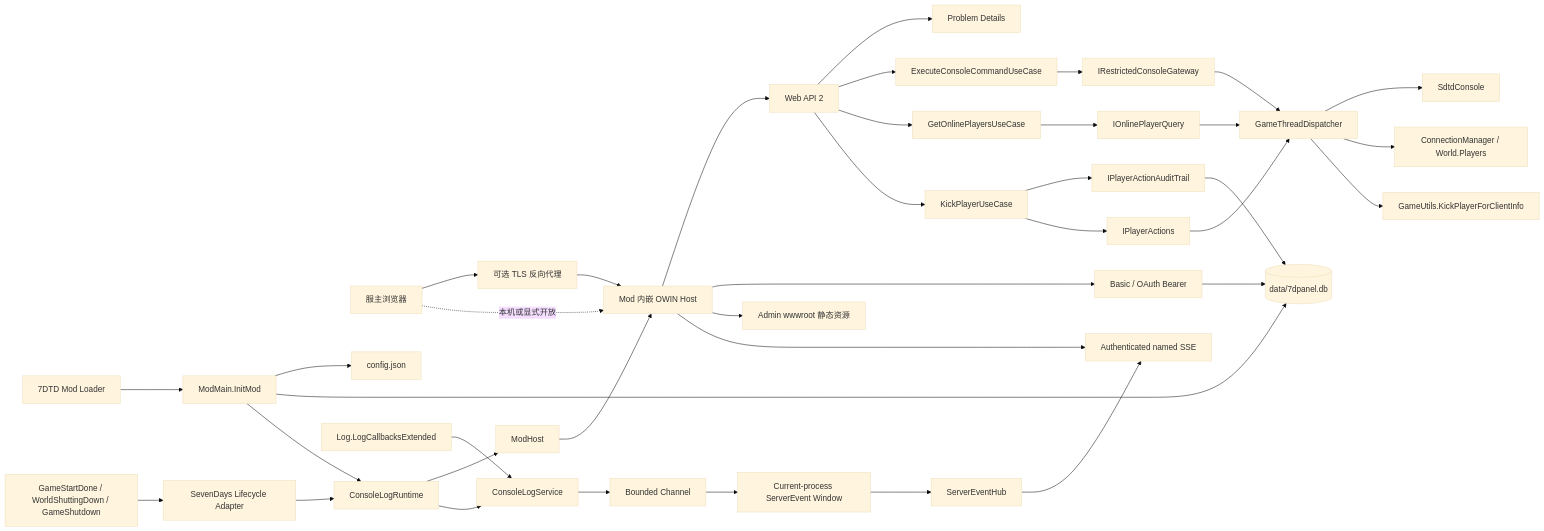
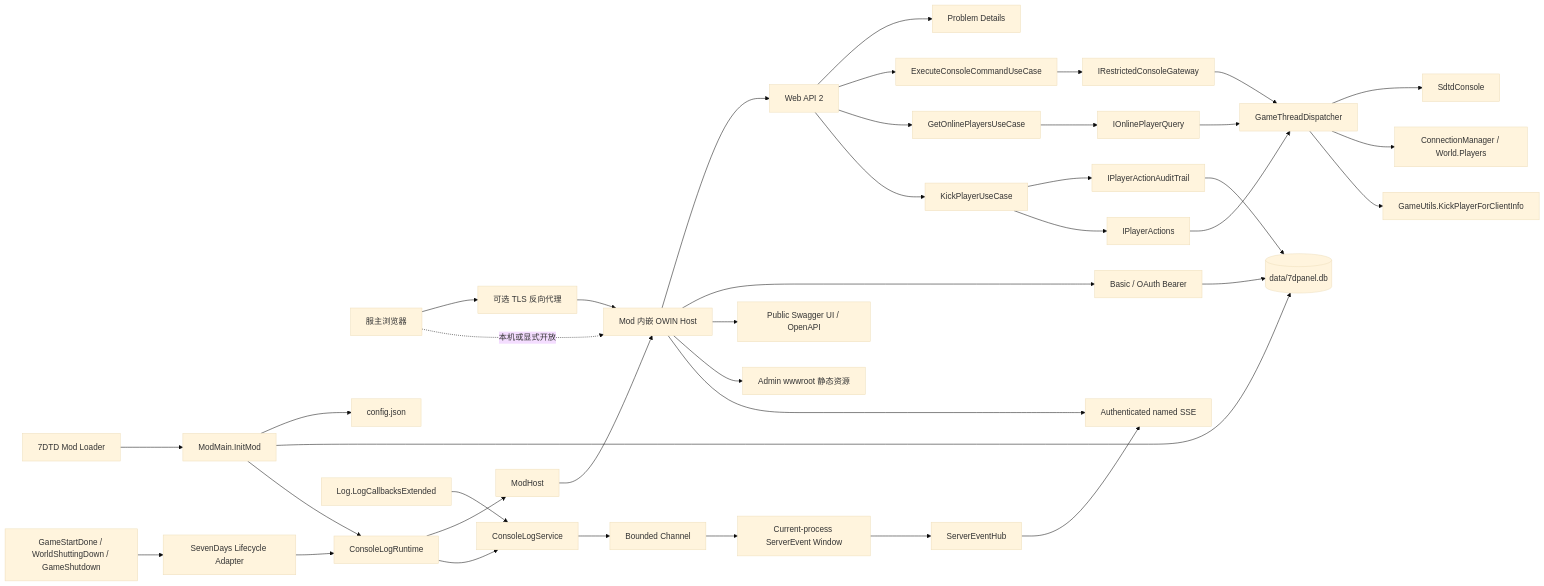
The diagram in docs/architecture.md (IceCoffee1024/7dpanel-legacy), drawn with Mermaid (base theme) before and after one commit. The commit also changed other lines of this file and 17 other files, not shown here.

Commit message:
feat(backend): add runtime OpenAPI and Swagger UI

````diff
--- a/docs/architecture.md
+++ b/docs/architecture.md
@@ -20,40 +20,41 @@
 ```mermaid
 flowchart LR
     Browser[服主浏览器] --> Proxy[可选 TLS 反向代理]
     Proxy --> Host[Mod 内嵌 OWIN Host]
     Browser -. 本机或显式开放 .-> Host
     Host --> Api[Web API 2]
     Host --> Auth[Basic / OAuth Bearer]
+    Host --> Docs[Public Swagger UI / OpenAPI]
     Api --> Problem[Problem Details]
     Host --> Static[Admin wwwroot 静态资源]
     ModLoader[7DTD Mod Loader] --> Bootstrap[ModMain.InitMod]
     Bootstrap --> Config[config.json]
     Bootstrap --> Database[(data/7dpanel.db)]
     Bootstrap --> Runtime[ConsoleLogRuntime]
     Runtime --> ModHost
     ModHost --> Host
     GameEvents[GameStartDone / WorldShuttingDown / GameShutdown] --> Lifecycle[SevenDays Lifecycle Adapter]
     Lifecycle --> Runtime
     GameLogs[Log.LogCallbacksExtended] --> LogService[ConsoleLogService]
     LogService --> LogQueue[Bounded Channel]
     LogQueue --> EventWindow[Current-process ServerEvent Window]
     EventWindow --> EventHub[ServerEventHub]
     EventHub --> Sse[Authenticated named SSE]
     Host --> Sse
     Auth --> Database
     Runtime --> LogService
     Api --> Application[ExecuteConsoleCommandUseCase]
     Application --> ConsolePort[IRestrictedConsoleGateway]
     ConsolePort --> Dispatcher[GameThreadDispatcher]
     Dispatcher --> GameConsole[SdtdConsole]
     Api --> PlayerUseCase[GetOnlinePlayersUseCase]
     PlayerUseCase --> PlayerPort[IOnlinePlayerQuery]
     PlayerPort --> Dispatcher
     Dispatcher --> LivePlayers[ConnectionManager / World.Players]
     Api --> KickUseCase[KickPlayerUseCase]
     KickUseCase --> AuditPort[IPlayerActionAuditTrail]
     AuditPort --> Database
     KickUseCase --> ActionPort[IPlayerActions]
     ActionPort --> Dispatcher
     Dispatcher --> NativeKick[GameUtils.KickPlayerForClientInfo]
 ```
````
